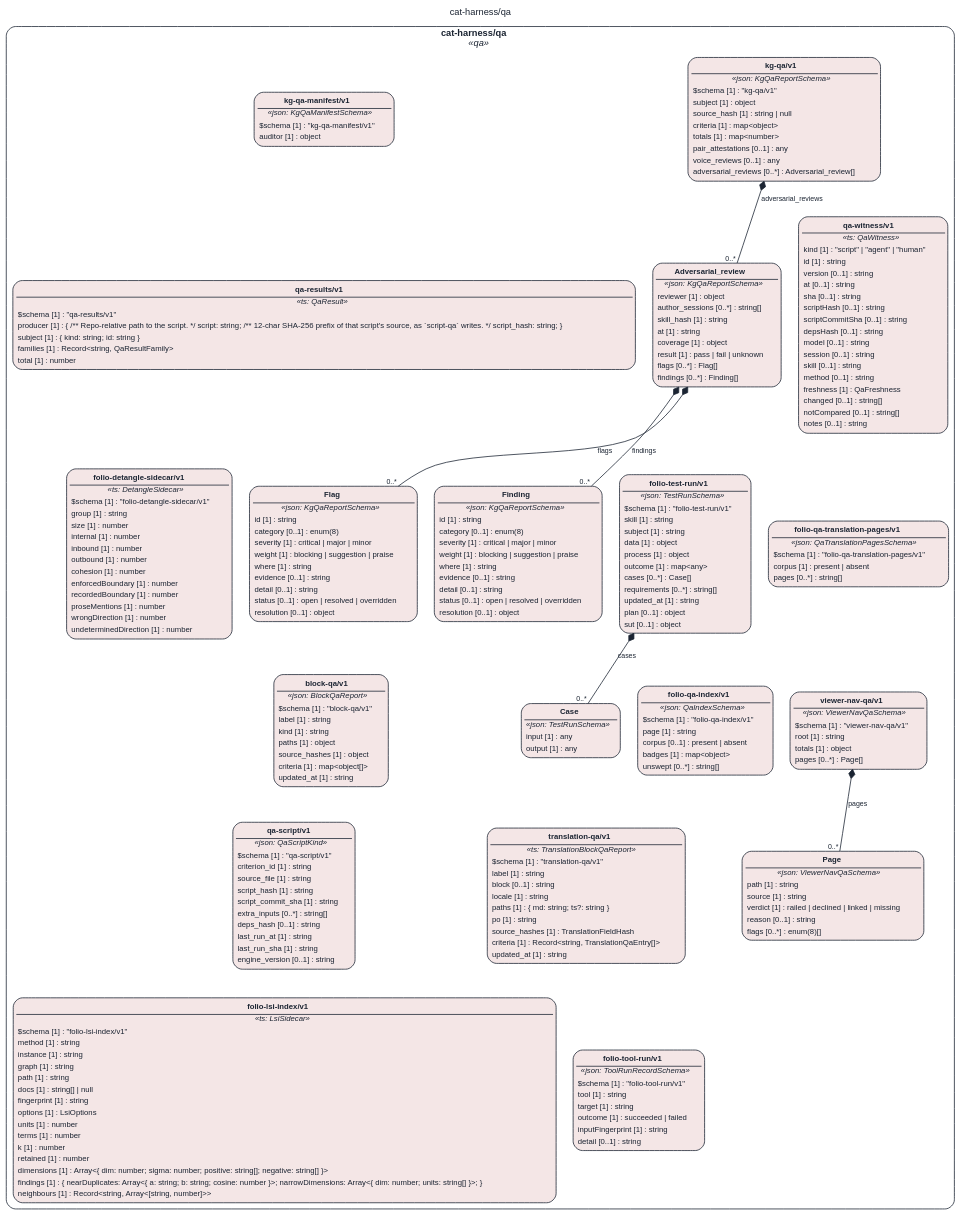
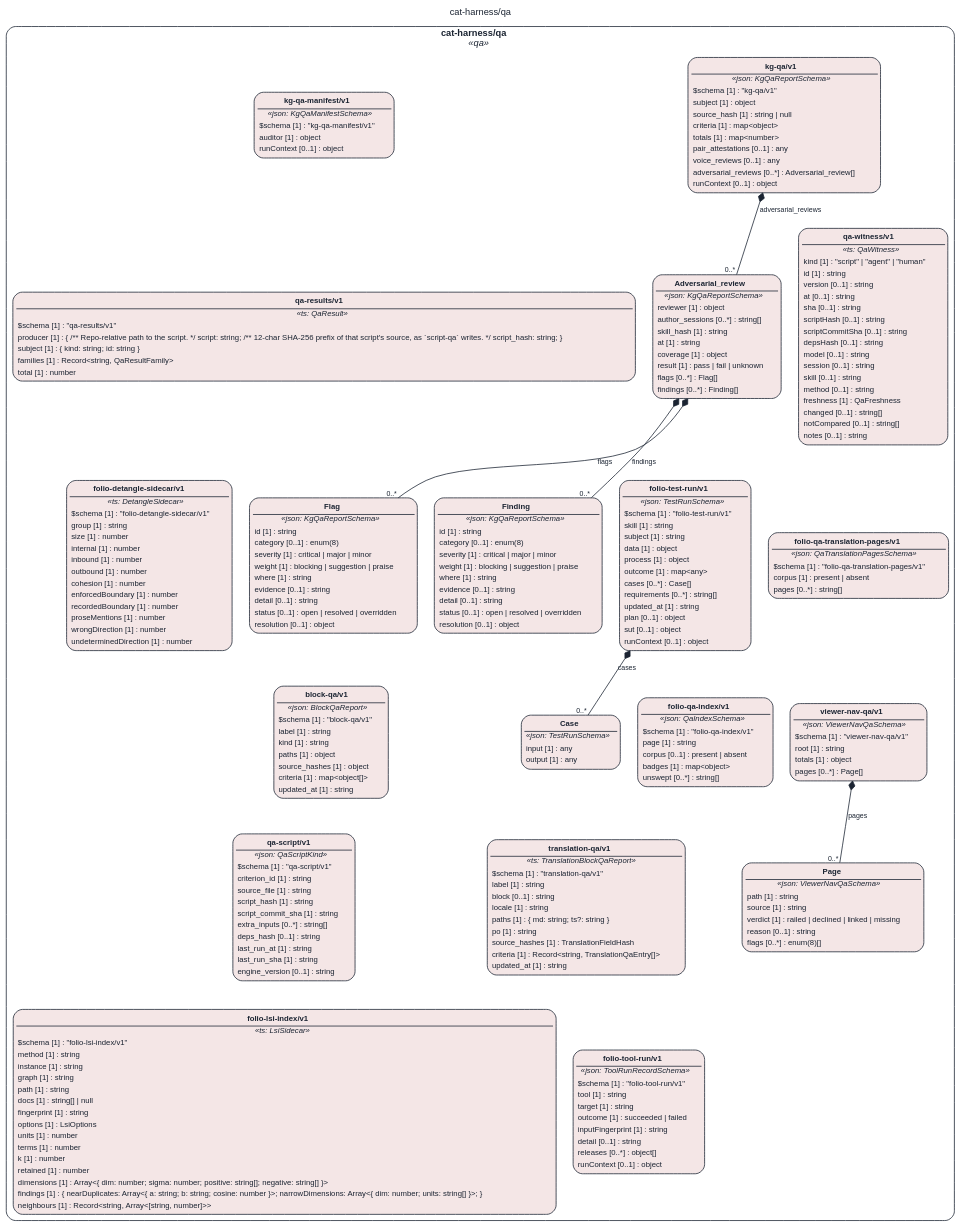
The diagram in STAGING/claude-repin-layers-green/assets/img/uml/overview/cat-harness/qa.dot (litlfred/folio-assistant), drawn with Graphviz before and after one commit. The commit also changed 19685 other files, not shown here.

```diff
--- a/STAGING/claude-repin-layers-green/assets/img/uml/overview/cat-harness/qa.dot
+++ b/STAGING/claude-repin-layers-green/assets/img/uml/overview/cat-harness/qa.dot
@@ -9,11 +9,11 @@
     "cat_harness_qa_kg_qa_v1_Flag" [fillcolor="#f4e6e6", class="fa_uml_kind_qa", label=<<table border="0" cellborder="0" cellspacing="0" cellpadding="2"><tr><td border="1" sides="b"><b>Flag</b></td></tr><tr><td><i>«json: KgQaReportSchema»</i></td></tr><tr><td align="left">id [1] : string</td></tr><tr><td align="left">category [0..1] : enum(8)</td></tr><tr><td align="left">severity [1] : critical | major | minor</td></tr><tr><td align="left">weight [1] : blocking | suggestion | praise</td></tr><tr><td align="left">where [1] : string</td></tr><tr><td align="left">evidence [0..1] : string</td></tr><tr><td align="left">detail [0..1] : string</td></tr><tr><td align="left">status [0..1] : open | resolved | overridden</td></tr><tr><td align="left">resolution [0..1] : object</td></tr></table>>];
     "cat_harness_qa_kg_qa_v1_Finding" [fillcolor="#f4e6e6", class="fa_uml_kind_qa", label=<<table border="0" cellborder="0" cellspacing="0" cellpadding="2"><tr><td border="1" sides="b"><b>Finding</b></td></tr><tr><td><i>«json: KgQaReportSchema»</i></td></tr><tr><td align="left">id [1] : string</td></tr><tr><td align="left">category [0..1] : enum(8)</td></tr><tr><td align="left">severity [1] : critical | major | minor</td></tr><tr><td align="left">weight [1] : blocking | suggestion | praise</td></tr><tr><td align="left">where [1] : string</td></tr><tr><td align="left">evidence [0..1] : string</td></tr><tr><td align="left">detail [0..1] : string</td></tr><tr><td align="left">status [0..1] : open | resolved | overridden</td></tr><tr><td align="left">resolution [0..1] : object</td></tr></table>>];
     "cat_harness_qa_kg_qa_v1_Adversarial_review" [fillcolor="#f4e6e6", class="fa_uml_kind_qa", label=<<table border="0" cellborder="0" cellspacing="0" cellpadding="2"><tr><td border="1" sides="b"><b>Adversarial_review</b></td></tr><tr><td><i>«json: KgQaReportSchema»</i></td></tr><tr><td align="left">reviewer [1] : object</td></tr><tr><td align="left">author_sessions [0..*] : string[]</td></tr><tr><td align="left">skill_hash [1] : string</td></tr><tr><td align="left">at [1] : string</td></tr><tr><td align="left">coverage [1] : object</td></tr><tr><td align="left">result [1] : pass | fail | unknown</td></tr><tr><td align="left">flags [0..*] : Flag[]</td></tr><tr><td align="left">findings [0..*] : Finding[]</td></tr></table>>];
-    "cat_harness_qa_kg_qa_v1_kg_qa_v1" [fillcolor="#f4e6e6", class="fa_uml_kind_qa", label=<<table border="0" cellborder="0" cellspacing="0" cellpadding="2"><tr><td border="1" sides="b"><b>kg-qa/v1</b></td></tr><tr><td><i>«json: KgQaReportSchema»</i></td></tr><tr><td align="left">$schema [1] : &quot;kg-qa/v1&quot;</td></tr><tr><td align="left">subject [1] : object</td></tr><tr><td align="left">source_hash [1] : string | null</td></tr><tr><td align="left">criteria [1] : map&lt;object&gt;</td></tr><tr><td align="left">totals [1] : map&lt;number&gt;</td></tr><tr><td align="left">pair_attestations [0..1] : any</td></tr><tr><td align="left">voice_reviews [0..1] : any</td></tr><tr><td align="left">adversarial_reviews [0..*] : Adversarial_review[]</td></tr></table>>];
-    "cat_harness_qa_kg_qa_manifest_v1_kg_qa_manifest_v1" [fillcolor="#f4e6e6", class="fa_uml_kind_qa", label=<<table border="0" cellborder="0" cellspacing="0" cellpadding="2"><tr><td border="1" sides="b"><b>kg-qa-manifest/v1</b></td></tr><tr><td><i>«json: KgQaManifestSchema»</i></td></tr><tr><td align="left">$schema [1] : &quot;kg-qa-manifest/v1&quot;</td></tr><tr><td align="left">auditor [1] : object</td></tr></table>>];
+    "cat_harness_qa_kg_qa_v1_kg_qa_v1" [fillcolor="#f4e6e6", class="fa_uml_kind_qa", label=<<table border="0" cellborder="0" cellspacing="0" cellpadding="2"><tr><td border="1" sides="b"><b>kg-qa/v1</b></td></tr><tr><td><i>«json: KgQaReportSchema»</i></td></tr><tr><td align="left">$schema [1] : &quot;kg-qa/v1&quot;</td></tr><tr><td align="left">subject [1] : object</td></tr><tr><td align="left">source_hash [1] : string | null</td></tr><tr><td align="left">criteria [1] : map&lt;object&gt;</td></tr><tr><td align="left">totals [1] : map&lt;number&gt;</td></tr><tr><td align="left">pair_attestations [0..1] : any</td></tr><tr><td align="left">voice_reviews [0..1] : any</td></tr><tr><td align="left">adversarial_reviews [0..*] : Adversarial_review[]</td></tr><tr><td align="left">runContext [0..1] : object</td></tr></table>>];
+    "cat_harness_qa_kg_qa_manifest_v1_kg_qa_manifest_v1" [fillcolor="#f4e6e6", class="fa_uml_kind_qa", label=<<table border="0" cellborder="0" cellspacing="0" cellpadding="2"><tr><td border="1" sides="b"><b>kg-qa-manifest/v1</b></td></tr><tr><td><i>«json: KgQaManifestSchema»</i></td></tr><tr><td align="left">$schema [1] : &quot;kg-qa-manifest/v1&quot;</td></tr><tr><td align="left">auditor [1] : object</td></tr><tr><td align="left">runContext [0..1] : object</td></tr></table>>];
     "cat_harness_qa_block_qa_v1_block_qa_v1" [fillcolor="#f4e6e6", class="fa_uml_kind_qa", label=<<table border="0" cellborder="0" cellspacing="0" cellpadding="2"><tr><td border="1" sides="b"><b>block-qa/v1</b></td></tr><tr><td><i>«json: BlockQaReport»</i></td></tr><tr><td align="left">$schema [1] : &quot;block-qa/v1&quot;</td></tr><tr><td align="left">label [1] : string</td></tr><tr><td align="left">kind [1] : string</td></tr><tr><td align="left">paths [1] : object</td></tr><tr><td align="left">source_hashes [1] : object</td></tr><tr><td align="left">criteria [1] : map&lt;object[]&gt;</td></tr><tr><td align="left">updated_at [1] : string</td></tr></table>>];
     "cat_harness_qa_folio_test_run_v1_Case" [fillcolor="#f4e6e6", class="fa_uml_kind_qa", label=<<table border="0" cellborder="0" cellspacing="0" cellpadding="2"><tr><td border="1" sides="b"><b>Case</b></td></tr><tr><td><i>«json: TestRunSchema»</i></td></tr><tr><td align="left">input [1] : any</td></tr><tr><td align="left">output [1] : any</td></tr></table>>];
-    "cat_harness_qa_folio_test_run_v1_folio_test_run_v1" [fillcolor="#f4e6e6", class="fa_uml_kind_qa", label=<<table border="0" cellborder="0" cellspacing="0" cellpadding="2"><tr><td border="1" sides="b"><b>folio-test-run/v1</b></td></tr><tr><td><i>«json: TestRunSchema»</i></td></tr><tr><td align="left">$schema [1] : &quot;folio-test-run/v1&quot;</td></tr><tr><td align="left">skill [1] : string</td></tr><tr><td align="left">subject [1] : string</td></tr><tr><td align="left">data [1] : object</td></tr><tr><td align="left">process [1] : object</td></tr><tr><td align="left">outcome [1] : map&lt;any&gt;</td></tr><tr><td align="left">cases [0..*] : Case[]</td></tr><tr><td align="left">requirements [0..*] : string[]</td></tr><tr><td align="left">updated_at [1] : string</td></tr><tr><td align="left">plan [0..1] : object</td></tr><tr><td align="left">sut [0..1] : object</td></tr></table>>];
+    "cat_harness_qa_folio_test_run_v1_folio_test_run_v1" [fillcolor="#f4e6e6", class="fa_uml_kind_qa", label=<<table border="0" cellborder="0" cellspacing="0" cellpadding="2"><tr><td border="1" sides="b"><b>folio-test-run/v1</b></td></tr><tr><td><i>«json: TestRunSchema»</i></td></tr><tr><td align="left">$schema [1] : &quot;folio-test-run/v1&quot;</td></tr><tr><td align="left">skill [1] : string</td></tr><tr><td align="left">subject [1] : string</td></tr><tr><td align="left">data [1] : object</td></tr><tr><td align="left">process [1] : object</td></tr><tr><td align="left">outcome [1] : map&lt;any&gt;</td></tr><tr><td align="left">cases [0..*] : Case[]</td></tr><tr><td align="left">requirements [0..*] : string[]</td></tr><tr><td align="left">updated_at [1] : string</td></tr><tr><td align="left">plan [0..1] : object</td></tr><tr><td align="left">sut [0..1] : object</td></tr><tr><td align="left">runContext [0..1] : object</td></tr></table>>];
     "cat_harness_qa_qa_witness_v1" [fillcolor="#f4e6e6", class="fa_uml_kind_qa", label=<<table border="0" cellborder="0" cellspacing="0" cellpadding="2"><tr><td border="1" sides="b"><b>qa-witness/v1</b></td></tr><tr><td><i>«ts: QaWitness»</i></td></tr><tr><td align="left">kind [1] : &quot;script&quot; | &quot;agent&quot; | &quot;human&quot;</td></tr><tr><td align="left">id [1] : string</td></tr><tr><td align="left">version [0..1] : string</td></tr><tr><td align="left">at [0..1] : string</td></tr><tr><td align="left">sha [0..1] : string</td></tr><tr><td align="left">scriptHash [0..1] : string</td></tr><tr><td align="left">scriptCommitSha [0..1] : string</td></tr><tr><td align="left">depsHash [0..1] : string</td></tr><tr><td align="left">model [0..1] : string</td></tr><tr><td align="left">session [0..1] : string</td></tr><tr><td align="left">skill [0..1] : string</td></tr><tr><td align="left">method [0..1] : string</td></tr><tr><td align="left">freshness [1] : QaFreshness</td></tr><tr><td align="left">changed [0..1] : string[]</td></tr><tr><td align="left">notCompared [0..1] : string[]</td></tr><tr><td align="left">notes [0..1] : string</td></tr></table>>];
     "cat_harness_qa_qa_results_v1" [fillcolor="#f4e6e6", class="fa_uml_kind_qa", label=<<table border="0" cellborder="0" cellspacing="0" cellpadding="2"><tr><td border="1" sides="b"><b>qa-results/v1</b></td></tr><tr><td><i>«ts: QaResult»</i></td></tr><tr><td align="left">$schema [1] : &quot;qa-results/v1&quot;</td></tr><tr><td align="left">producer [1] : { /** Repo-relative path to the script. */ script: string; /** 12-char SHA-256 prefix of that script's source, as `script-qa` writes. */ script_hash: string; }</td></tr><tr><td align="left">subject [1] : { kind: string; id: string }</td></tr><tr><td align="left">families [1] : Record&lt;string, QaResultFamily&gt;</td></tr><tr><td align="left">total [1] : number</td></tr></table>>];
     "cat_harness_qa_qa_script_v1_qa_script_v1" [fillcolor="#f4e6e6", class="fa_uml_kind_qa", label=<<table border="0" cellborder="0" cellspacing="0" cellpadding="2"><tr><td border="1" sides="b"><b>qa-script/v1</b></td></tr><tr><td><i>«json: QaScriptKind»</i></td></tr><tr><td align="left">$schema [1] : &quot;qa-script/v1&quot;</td></tr><tr><td align="left">criterion_id [1] : string</td></tr><tr><td align="left">source_file [1] : string</td></tr><tr><td align="left">script_hash [1] : string</td></tr><tr><td align="left">script_commit_sha [1] : string</td></tr><tr><td align="left">extra_inputs [0..*] : string[]</td></tr><tr><td align="left">deps_hash [0..1] : string</td></tr><tr><td align="left">last_run_at [1] : string</td></tr><tr><td align="left">last_run_sha [1] : string</td></tr><tr><td align="left">engine_version [0..1] : string</td></tr></table>>];
@@ -22,7 +22,7 @@
     "cat_harness_qa_folio_qa_translation_pages_v1_folio_qa_translation_pages_v1" [fillcolor="#f4e6e6", class="fa_uml_kind_qa", label=<<table border="0" cellborder="0" cellspacing="0" cellpadding="2"><tr><td border="1" sides="b"><b>folio-qa-translation-pages/v1</b></td></tr><tr><td><i>«json: QaTranslationPagesSchema»</i></td></tr><tr><td align="left">$schema [1] : &quot;folio-qa-translation-pages/v1&quot;</td></tr><tr><td align="left">corpus [1] : present | absent</td></tr><tr><td align="left">pages [0..*] : string[]</td></tr></table>>];
     "cat_harness_qa_folio_detangle_sidecar_v1" [fillcolor="#f4e6e6", class="fa_uml_kind_qa", label=<<table border="0" cellborder="0" cellspacing="0" cellpadding="2"><tr><td border="1" sides="b"><b>folio-detangle-sidecar/v1</b></td></tr><tr><td><i>«ts: DetangleSidecar»</i></td></tr><tr><td align="left">$schema [1] : &quot;folio-detangle-sidecar/v1&quot;</td></tr><tr><td align="left">group [1] : string</td></tr><tr><td align="left">size [1] : number</td></tr><tr><td align="left">internal [1] : number</td></tr><tr><td align="left">inbound [1] : number</td></tr><tr><td align="left">outbound [1] : number</td></tr><tr><td align="left">cohesion [1] : number</td></tr><tr><td align="left">enforcedBoundary [1] : number</td></tr><tr><td align="left">recordedBoundary [1] : number</td></tr><tr><td align="left">proseMentions [1] : number</td></tr><tr><td align="left">wrongDirection [1] : number</td></tr><tr><td align="left">undeterminedDirection [1] : number</td></tr></table>>];
     "cat_harness_qa_folio_lsi_index_v1" [fillcolor="#f4e6e6", class="fa_uml_kind_qa", label=<<table border="0" cellborder="0" cellspacing="0" cellpadding="2"><tr><td border="1" sides="b"><b>folio-lsi-index/v1</b></td></tr><tr><td><i>«ts: LsiSidecar»</i></td></tr><tr><td align="left">$schema [1] : &quot;folio-lsi-index/v1&quot;</td></tr><tr><td align="left">method [1] : string</td></tr><tr><td align="left">instance [1] : string</td></tr><tr><td align="left">graph [1] : string</td></tr><tr><td align="left">path [1] : string</td></tr><tr><td align="left">docs [1] : string[] | null</td></tr><tr><td align="left">fingerprint [1] : string</td></tr><tr><td align="left">options [1] : LsiOptions</td></tr><tr><td align="left">units [1] : number</td></tr><tr><td align="left">terms [1] : number</td></tr><tr><td align="left">k [1] : number</td></tr><tr><td align="left">retained [1] : number</td></tr><tr><td align="left">dimensions [1] : Array&lt;{ dim: number; sigma: number; positive: string[]; negative: string[] }&gt;</td></tr><tr><td align="left">findings [1] : { nearDuplicates: Array&lt;{ a: string; b: string; cosine: number }&gt;; narrowDimensions: Array&lt;{ dim: number; units: string[] }&gt;; }</td></tr><tr><td align="left">neighbours [1] : Record&lt;string, Array&lt;[string, number]&gt;&gt;</td></tr></table>>];
-    "cat_harness_qa_folio_tool_run_v1_folio_tool_run_v1" [fillcolor="#f4e6e6", class="fa_uml_kind_qa", label=<<table border="0" cellborder="0" cellspacing="0" cellpadding="2"><tr><td border="1" sides="b"><b>folio-tool-run/v1</b></td></tr><tr><td><i>«json: ToolRunRecordSchema»</i></td></tr><tr><td align="left">$schema [1] : &quot;folio-tool-run/v1&quot;</td></tr><tr><td align="left">tool [1] : string</td></tr><tr><td align="left">target [1] : string</td></tr><tr><td align="left">outcome [1] : succeeded | failed</td></tr><tr><td align="left">inputFingerprint [1] : string</td></tr><tr><td align="left">detail [0..1] : string</td></tr></table>>];
+    "cat_harness_qa_folio_tool_run_v1_folio_tool_run_v1" [fillcolor="#f4e6e6", class="fa_uml_kind_qa", label=<<table border="0" cellborder="0" cellspacing="0" cellpadding="2"><tr><td border="1" sides="b"><b>folio-tool-run/v1</b></td></tr><tr><td><i>«json: ToolRunRecordSchema»</i></td></tr><tr><td align="left">$schema [1] : &quot;folio-tool-run/v1&quot;</td></tr><tr><td align="left">tool [1] : string</td></tr><tr><td align="left">target [1] : string</td></tr><tr><td align="left">outcome [1] : succeeded | failed</td></tr><tr><td align="left">inputFingerprint [1] : string</td></tr><tr><td align="left">detail [0..1] : string</td></tr><tr><td align="left">releases [0..*] : object[]</td></tr><tr><td align="left">runContext [0..1] : object</td></tr></table>>];
     "cat_harness_qa_viewer_nav_qa_v1_Page" [fillcolor="#f4e6e6", class="fa_uml_kind_qa", label=<<table border="0" cellborder="0" cellspacing="0" cellpadding="2"><tr><td border="1" sides="b"><b>Page</b></td></tr><tr><td><i>«json: ViewerNavQaSchema»</i></td></tr><tr><td align="left">path [1] : string</td></tr><tr><td align="left">source [1] : string</td></tr><tr><td align="left">verdict [1] : railed | declined | linked | missing</td></tr><tr><td align="left">reason [0..1] : string</td></tr><tr><td align="left">flags [0..*] : enum(8)[]</td></tr></table>>];
     "cat_harness_qa_viewer_nav_qa_v1_viewer_nav_qa_v1" [fillcolor="#f4e6e6", class="fa_uml_kind_qa", label=<<table border="0" cellborder="0" cellspacing="0" cellpadding="2"><tr><td border="1" sides="b"><b>viewer-nav-qa/v1</b></td></tr><tr><td><i>«json: ViewerNavQaSchema»</i></td></tr><tr><td align="left">$schema [1] : &quot;viewer-nav-qa/v1&quot;</td></tr><tr><td align="left">root [1] : string</td></tr><tr><td align="left">totals [1] : object</td></tr><tr><td align="left">pages [0..*] : Page[]</td></tr></table>>];
   }
```
